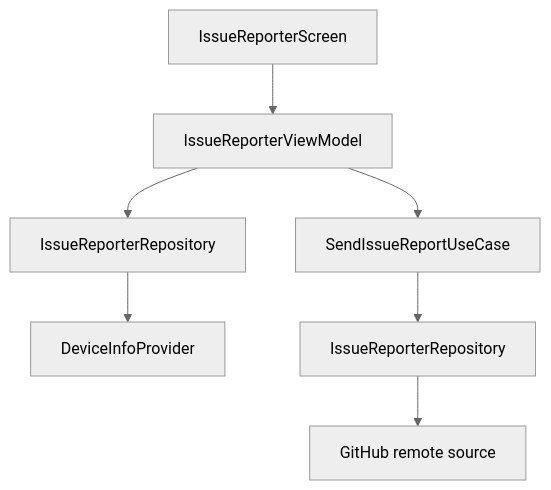
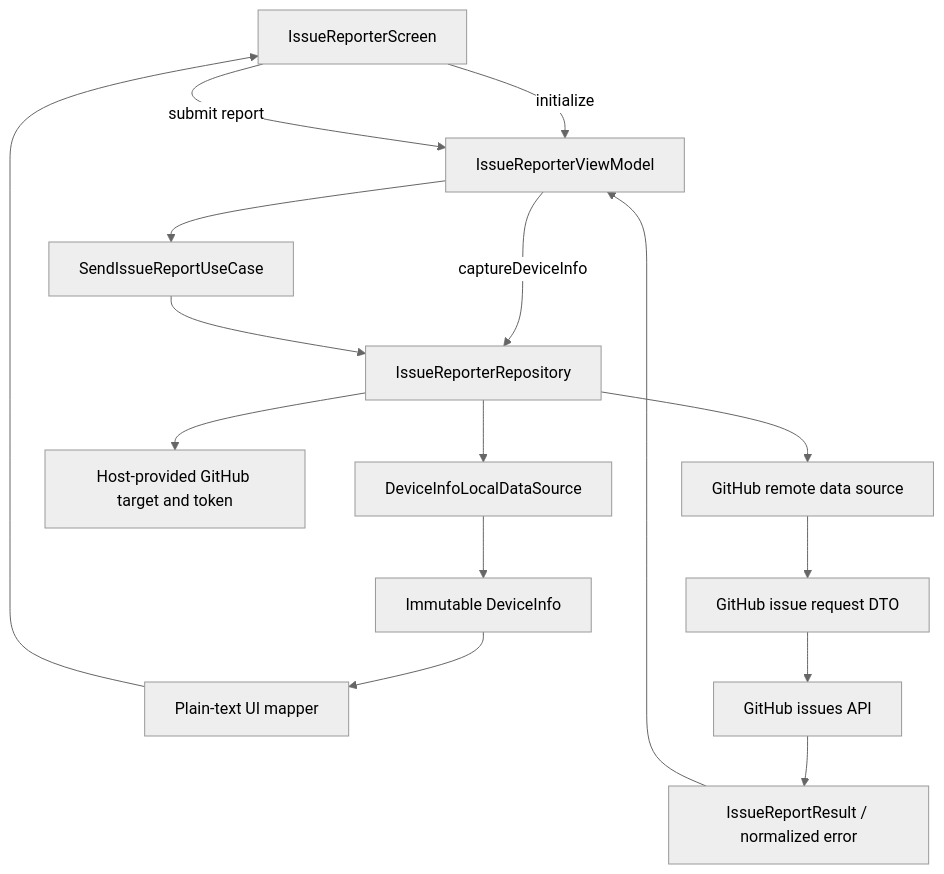
The diagram in library/feature/issuereporter/README.md (MihaiCristianCondrea/App-Toolkit-for-Android), drawn with Mermaid (neutral theme) before and after one commit. The commit also changed other lines of this file and 57 other files, not shown here.

````diff
--- a/library/feature/issuereporter/README.md
+++ b/library/feature/issuereporter/README.md
@@ -33,9 +33,18 @@
 ```mermaid
 flowchart TD
-    Screen[IssueReporterScreen] --> VM[IssueReporterViewModel]
+    Screen[IssueReporterScreen] -->|initialize| VM[IssueReporterViewModel]
+    VM -->|captureDeviceInfo| Repo[IssueReporterRepository]
+    Repo --> Device[DeviceInfoLocalDataSource]
+    Device --> Model[Immutable DeviceInfo]
+    Model --> Plain[Plain-text UI mapper]
+    Plain --> Screen
+    Screen -->|submit report| VM
     VM --> UseCase[SendIssueReportUseCase]
-    VM --> Repo2[IssueReporterRepository]
-    Repo2 --> Device[DeviceInfoProvider]
-    UseCase --> Repo[IssueReporterRepository]
-    Repo --> Remote[GitHub remote source]
+    UseCase --> Repo
+    Repo --> Target[Host-provided GitHub target and token]
+    Repo --> Remote[GitHub remote data source]
+    Remote --> DTO[GitHub issue request DTO]
+    DTO --> Api[GitHub issues API]
+    Api --> Result[IssueReportResult / normalized error]
+    Result --> VM
 ```
````
